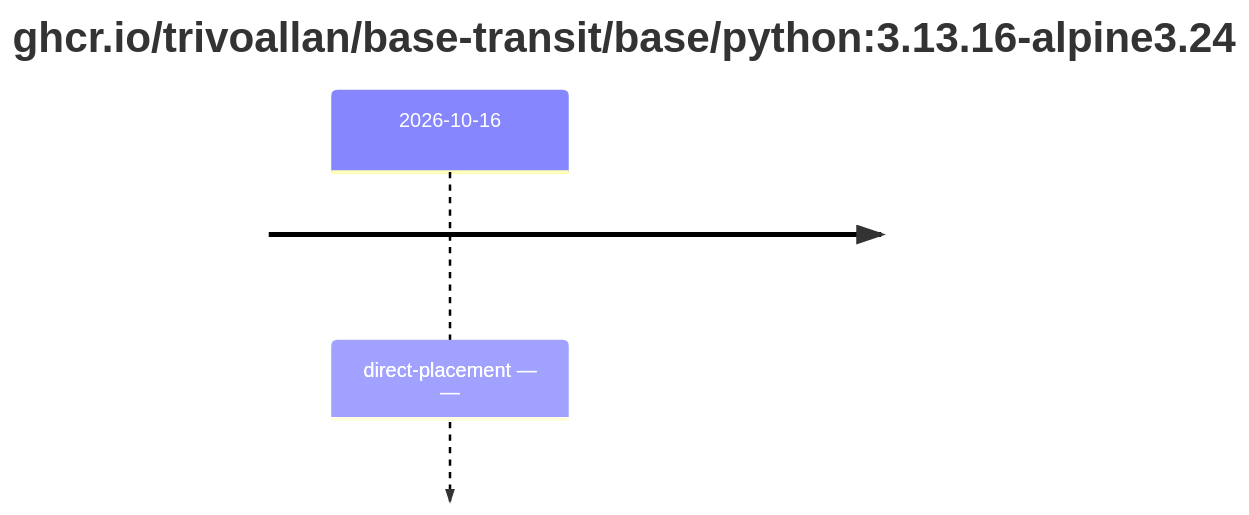
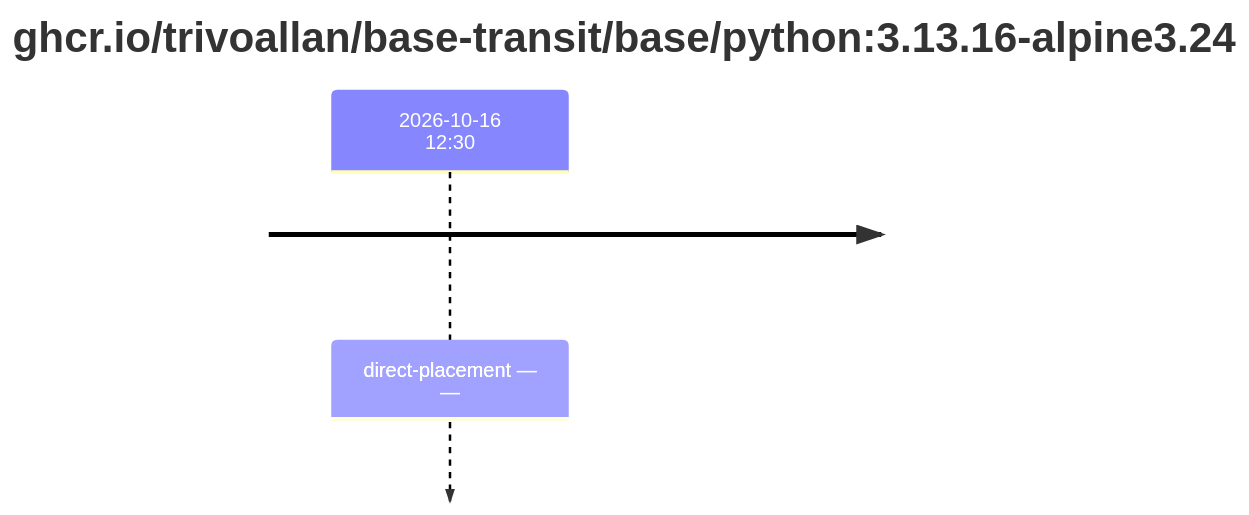
The fourth of 4 diagrams in results/reports/base-python-3/sha256:9d22624f81e89f73a84c60a309b9af2a2d8d81a05e79e285e2217b2f947f5205.md (trivoallan/base-images), drawn with Mermaid before and after one commit. The commit also changed other lines of this file and 12 other files, not shown here.

````diff
--- a/results/reports/base-python-3/sha256:9d22624f81e89f73a84c60a309b9af2a2d8d81a05e79e285e2217b2f947f5205.md
+++ b/results/reports/base-python-3/sha256:9d22624f81e89f73a84c60a309b9af2a2d8d81a05e79e285e2217b2f947f5205.md
@@ -47,5 +47,5 @@
 ```mermaid
 timeline
     title ghcr.io/trivoallan/base-transit/base/python#58;3.13.16-alpine3.24
-    2026-10-16 : direct-placement — —
+    2026-10-16 12#58;30 : direct-placement — —
 ```
````
